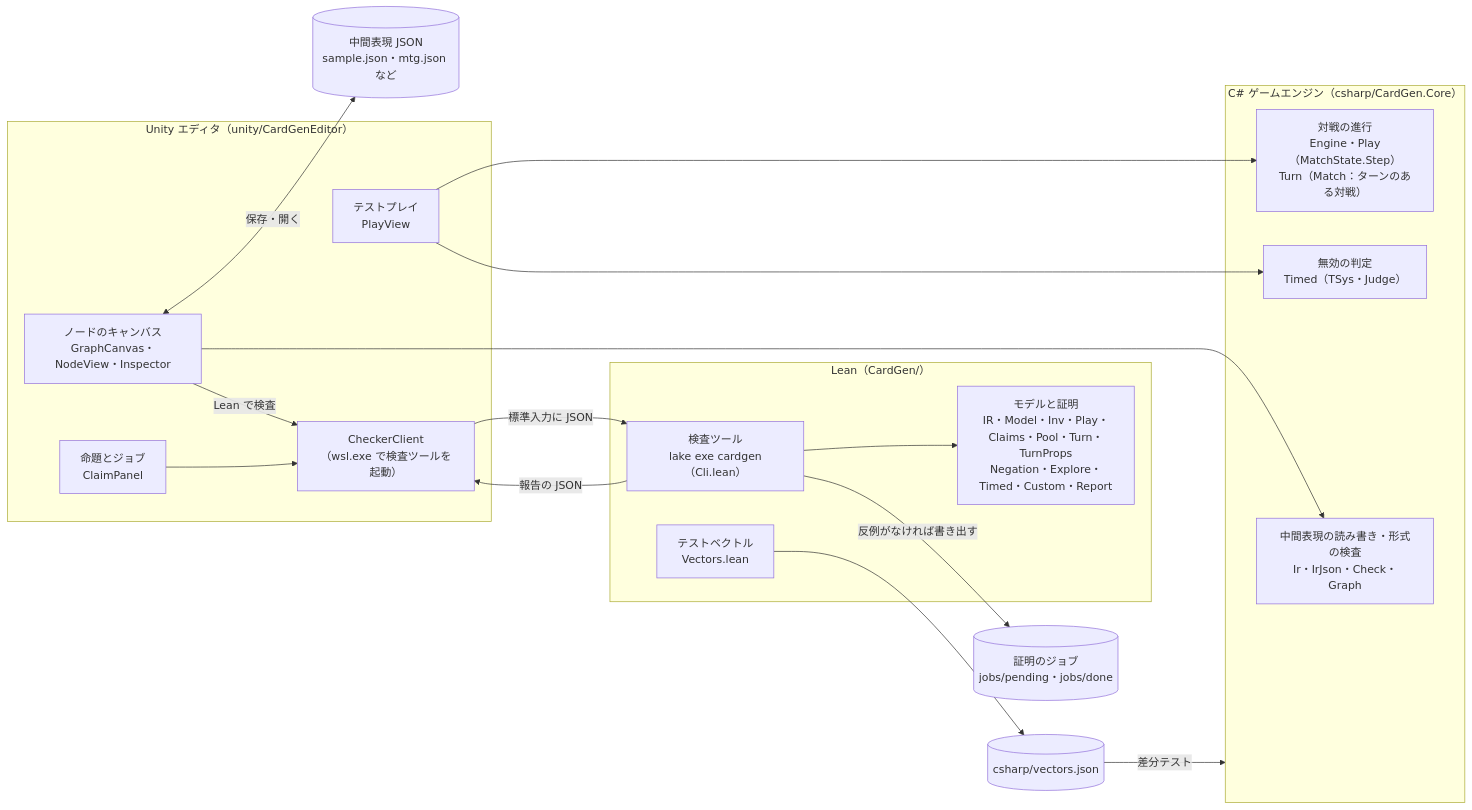
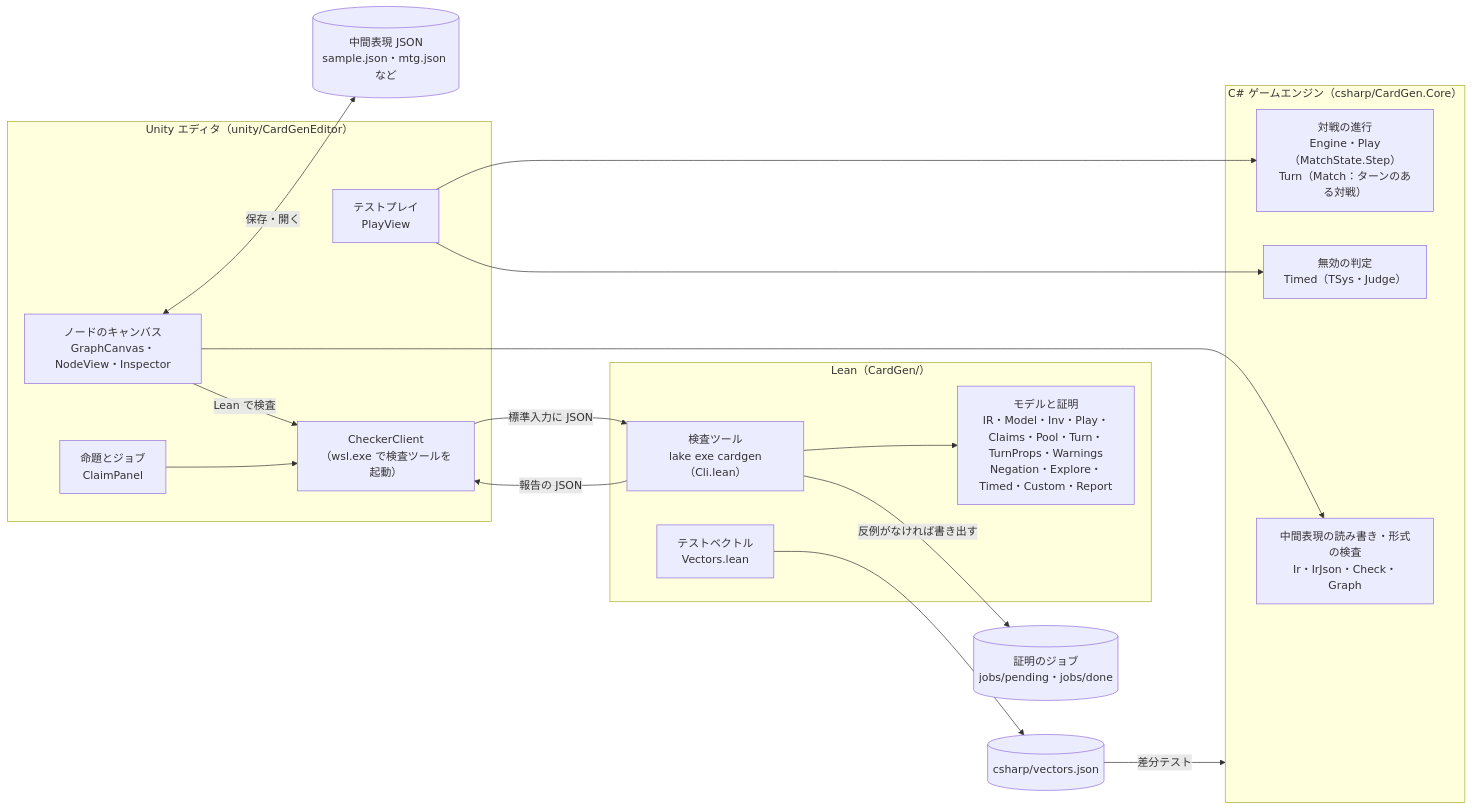
One commit to kotatu0047/yuugi-lean changed the first of 6 diagrams in アーキテクチャ.md. Above: the diagram before and after it, drawn with Mermaid. The commit also changed other lines of this file and 8 other files, not shown here.

````diff
--- a/アーキテクチャ.md
+++ b/アーキテクチャ.md
@@ -10,38 +10,38 @@
 ```mermaid
 flowchart LR
   subgraph unity["Unity エディタ（unity/CardGenEditor）"]
     canvas["ノードのキャンバス<br/>GraphCanvas・NodeView・Inspector"]
     play["テストプレイ<br/>PlayView"]
     claim["命題とジョブ<br/>ClaimPanel"]
     client["CheckerClient<br/>（wsl.exe で検査ツールを起動）"]
   end
 
   subgraph core["C# ゲームエンジン（csharp/CardGen.Core）"]
     ir_cs["中間表現の読み書き・形式の検査<br/>Ir・IrJson・Check・Graph"]
     engine["対戦の進行<br/>Engine・Play（MatchState.Step）<br/>Turn（Match：ターンのある対戦）"]
     judge["無効の判定<br/>Timed（TSys・Judge）"]
   end
 
   subgraph lean["Lean（CardGen/）"]
     cli["検査ツール<br/>lake exe cardgen（Cli.lean）"]
-    lib["モデルと証明<br/>IR・Model・Inv・Play・Claims・Pool・Turn・TurnProps<br/>Negation・Explore・Timed・Custom・Report"]
+    lib["モデルと証明<br/>IR・Model・Inv・Play・Claims・Pool・Turn・TurnProps・Warnings<br/>Negation・Explore・Timed・Custom・Report"]
     vec["テストベクトル<br/>Vectors.lean"]
   end
 
   json[("中間表現 JSON<br/>sample.json・mtg.json など")]
   jobs[("証明のジョブ<br/>jobs/pending・jobs/done")]
   vectors[("csharp/vectors.json")]
 
   canvas <-->|保存・開く| json
   canvas --> ir_cs
   play --> engine
   play --> judge
   canvas -->|Lean で検査| client
   claim --> client
   client -->|"標準入力に JSON"| cli
   cli --> lib
   cli -->|報告の JSON| client
   cli -->|反例がなければ書き出す| jobs
   vec --> vectors
   vectors -->|差分テスト| core
 ```
````
